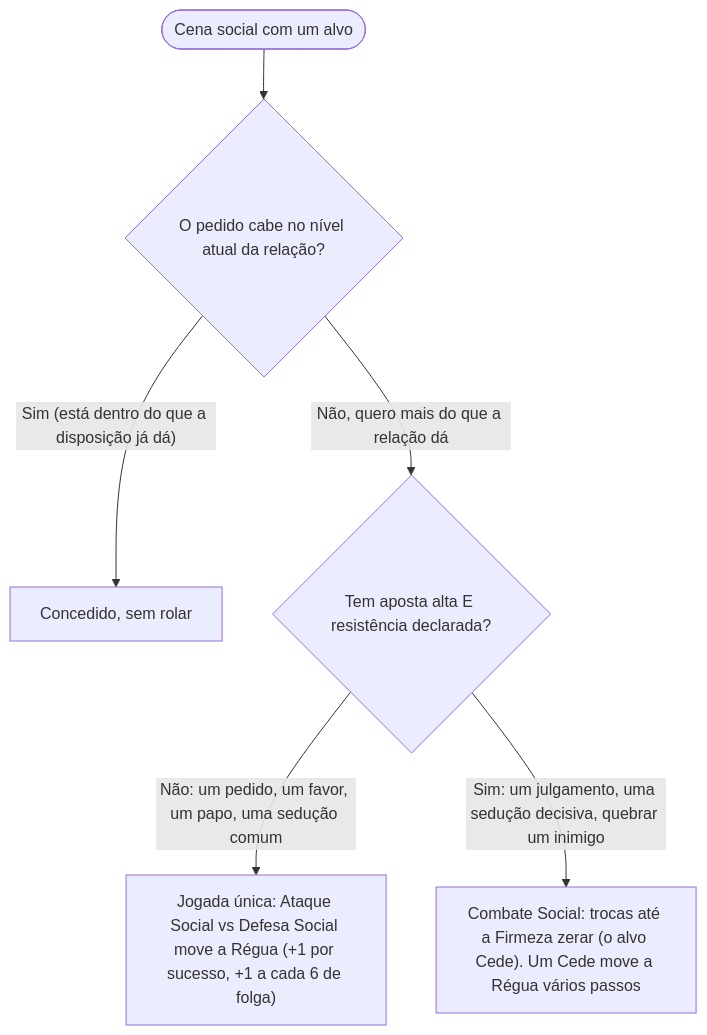
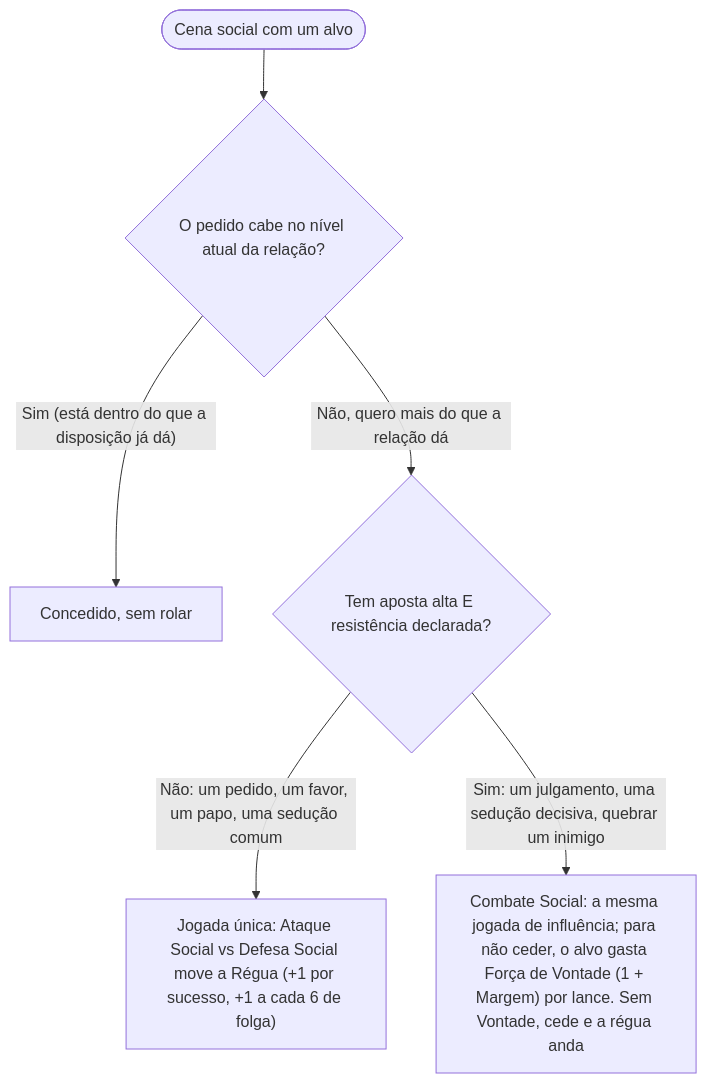
Before and after one commit to f-neves/centelha-rpg: the fourth of 6 diagrams in Qual_Sistema.md, drawn with Mermaid. The commit also changed other lines of this file and 1 other file, not shown here.

Commit message:
Fluxograma: remove Firmeza (Combate Social simplificado do site); cria Reescala.md (plano de migracao 0a6/0a12 com decisoes travadas e implementacoes futuras)

````diff
--- a/Qual_Sistema.md
+++ b/Qual_Sistema.md
@@ -68,8 +69,8 @@
 ```mermaid
 flowchart TD
   R(["Cena social com um alvo"]) --> R1{"O pedido cabe no nível atual da relação?"}
   R1 -->|"Sim (está dentro do que a disposição já dá)"| RFree["Concedido, sem rolar"]
   R1 -->|"Não, quero mais do que a relação dá"| R2{"Tem aposta alta E resistência declarada?"}
   R2 -->|"Não: um pedido, um favor, um papo, uma sedução comum"| RJ["Jogada única: Ataque Social vs Defesa Social move a Régua (+1 por sucesso, +1 a cada 6 de folga)"]
-  R2 -->|"Sim: um julgamento, uma sedução decisiva, quebrar um inimigo"| RC["Combate Social: trocas até a Firmeza zerar (o alvo Cede). Um Cede move a Régua vários passos"]
+  R2 -->|"Sim: um julgamento, uma sedução decisiva, quebrar um inimigo"| RC["Combate Social: a mesma jogada de influência; para não ceder, o alvo gasta Força de Vontade (1 + Margem) por lance. Sem Vontade, cede e a régua anda"]
 ```
````
